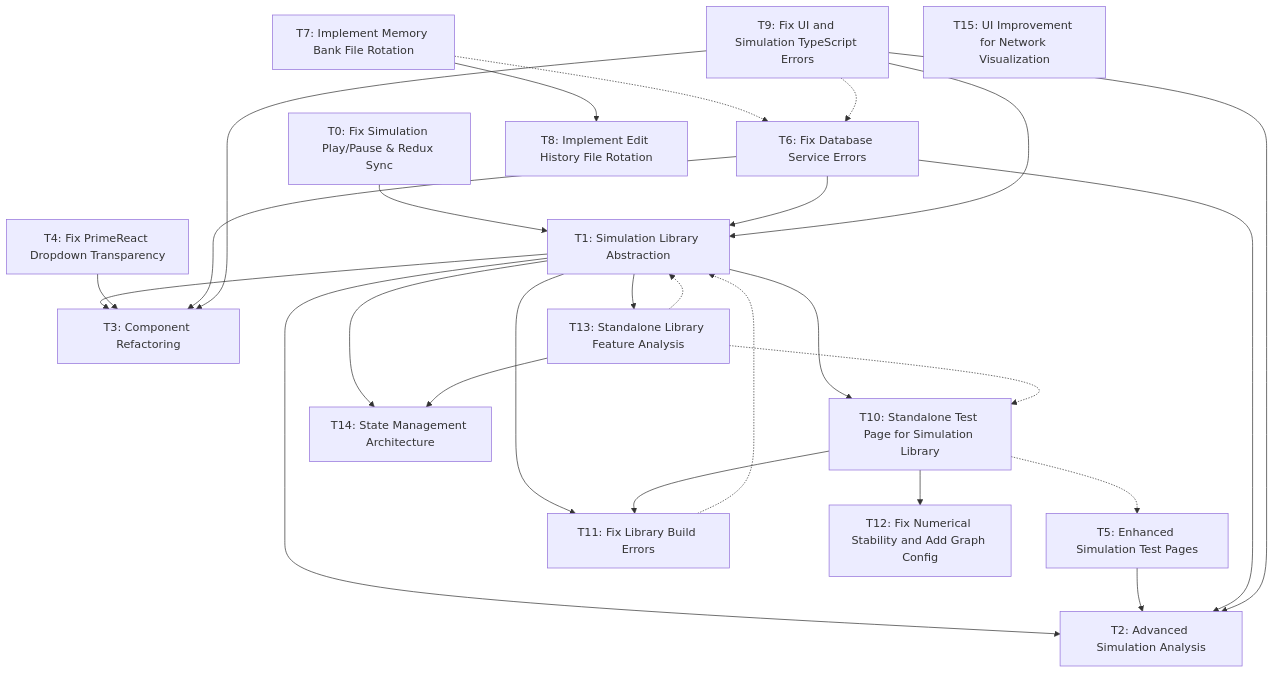
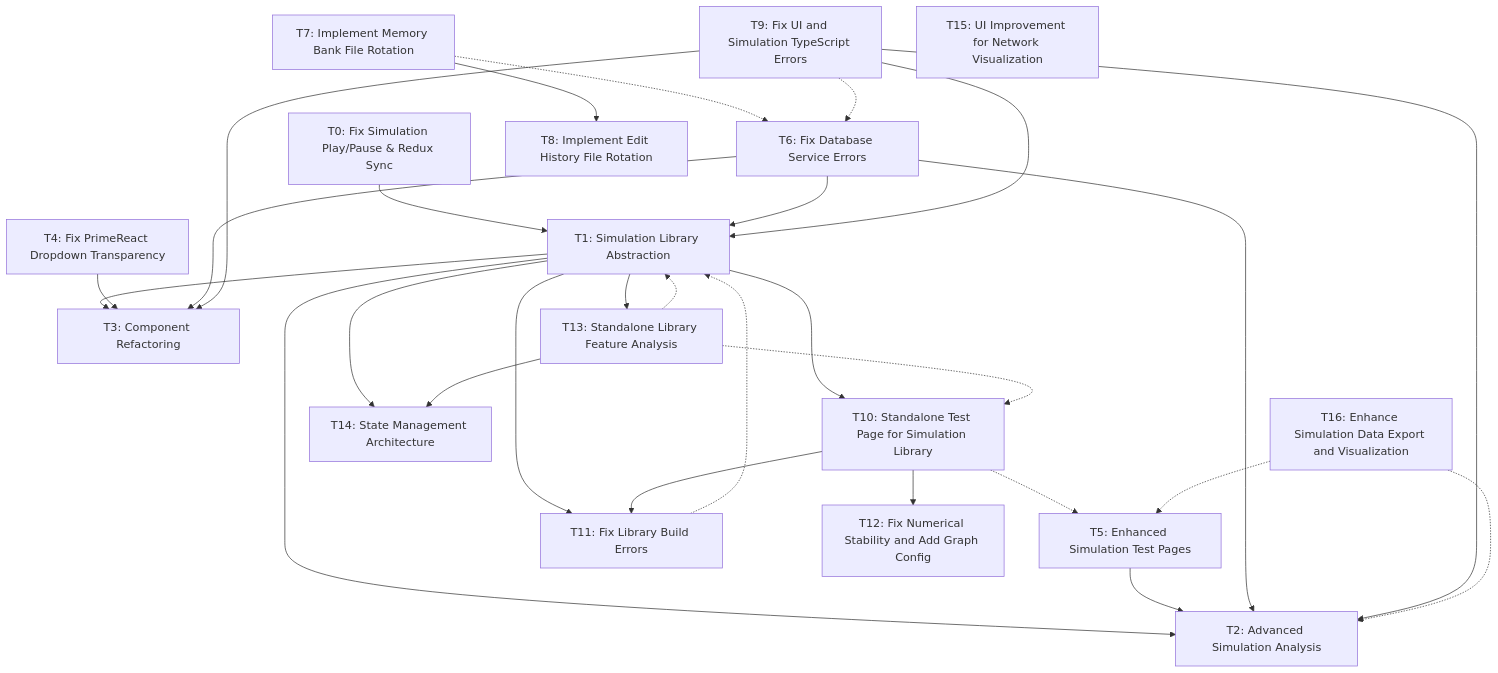
The diagram in memory-bank/tasks.md (space-cadet/spin_network_app), drawn with Mermaid before and after one commit. The commit also changed other lines of this file and 8 other files, not shown here.

````diff
--- a/memory-bank/tasks.md
+++ b/memory-bank/tasks.md
@@ -462,45 +491,48 @@
 ```mermaid
 graph TD
     T1[T1: Simulation Library Abstraction]
     T2[T2: Advanced Simulation Analysis]
     T3[T3: Component Refactoring]
     T0[T0: Fix Simulation Play/Pause & Redux Sync]
     T4[T4: Fix PrimeReact Dropdown Transparency]
     T5[T5: Enhanced Simulation Test Pages]
     T6[T6: Fix Database Service Errors]
     T7[T7: Implement Memory Bank File Rotation]
     T8[T8: Implement Edit History File Rotation]
     T9[T9: Fix UI and Simulation TypeScript Errors]
     T10[T10: Standalone Test Page for Simulation Library]
     T11[T11: Fix Library Build Errors]
     T12[T12: Fix Numerical Stability and Add Graph Config]
     T13[T13: Standalone Library Feature Analysis]
     T14[T14: State Management Architecture]
     T15[T15: UI Improvement for Network Visualization]
+    T16[T16: Enhance Simulation Data Export and Visualization]
     
     T0 --> T1
     T1 --> T2
     T1 --> T3
     T1 --> T10
     T1 --> T11
     T1 --> T13
     T1 --> T14
     T4 --> T3
     T5 --> T2
     T6 --> T1
     T6 --> T2
     T6 --> T3
     T7 -.-> T6
     T7 --> T8
     T9 --> T1
     T9 --> T2
     T9 --> T3
     T9 -.-> T6
     T10 -.-> T5
     T10 --> T11
     T10 --> T12
     T11 -.-> T1
     T13 --> T14
     T13 -.-> T1
     T13 -.-> T10
+    T16 -.-> T2
+    T16 -.-> T5
 ```
````
